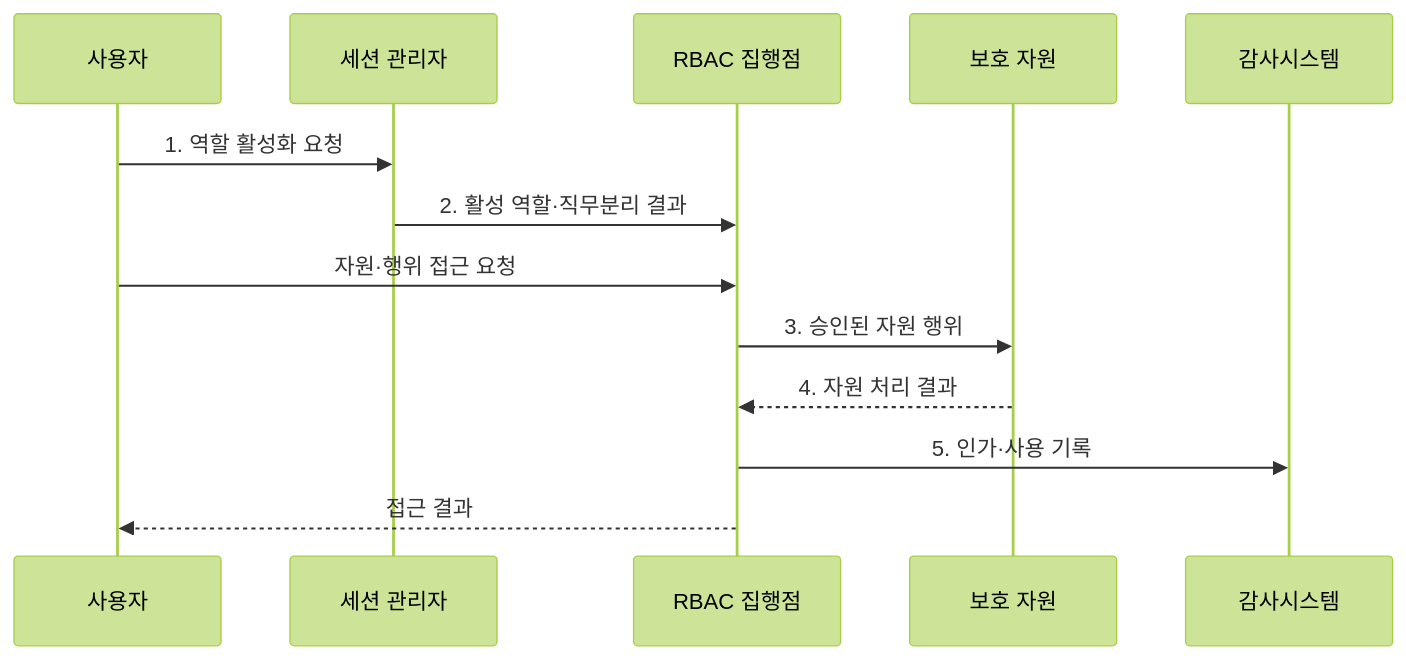
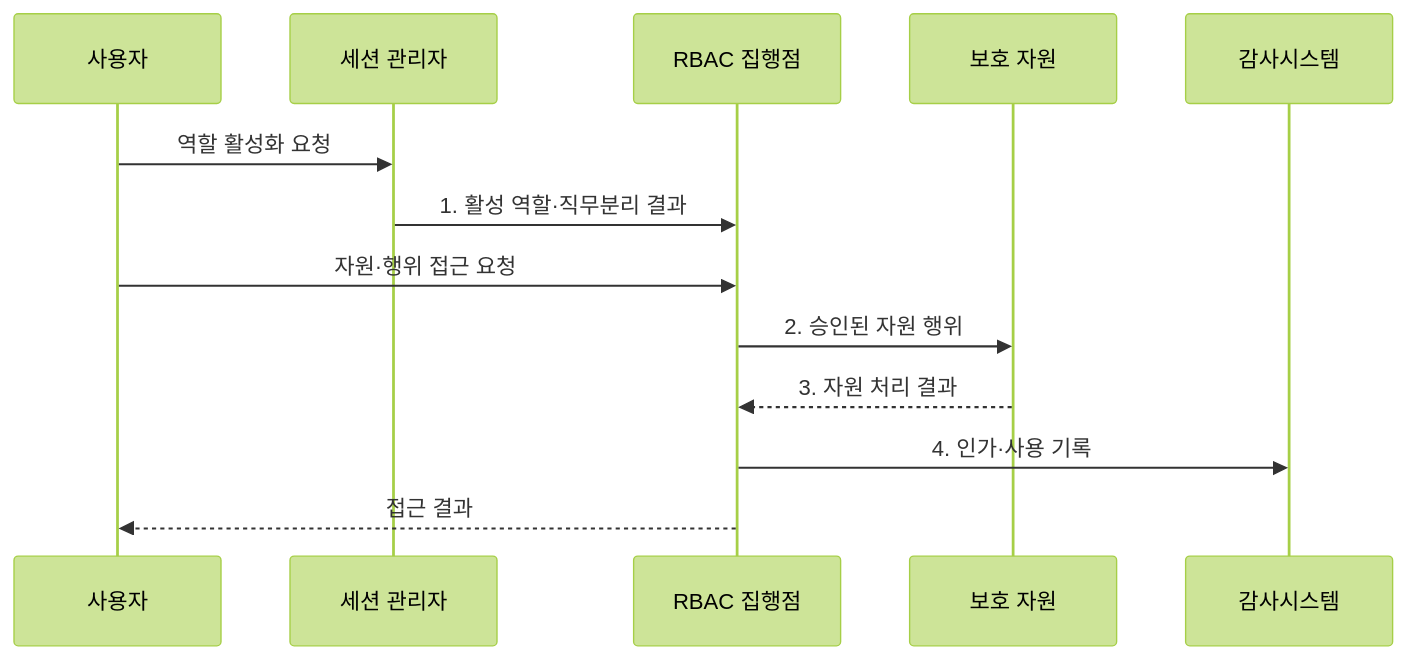
The second of 2 diagrams in src/content/docs/notes/05-security/059_rbac.md (agnusdei1207/knowledge-base), drawn with Mermaid (forest theme) before and after one commit. The commit also changed other lines of this file and 19 other files, not shown here.

````diff
--- a/src/content/docs/notes/05-security/059_rbac.md
+++ b/src/content/docs/notes/05-security/059_rbac.md
@@ -87,15 +87,15 @@
 ```mermaid
 sequenceDiagram
     participant U as 사용자
     participant S as 세션 관리자
     participant P as RBAC 집행점
     participant R as 보호 자원
     participant 감사시스템
-    U->>S: 1. 역할 활성화 요청
-    S->>P: 2. 활성 역할·직무분리 결과
+    U->>S: 역할 활성화 요청
+    S->>P: 1. 활성 역할·직무분리 결과
     U->>P: 자원·행위 접근 요청
-    P->>R: 3. 승인된 자원 행위
-    R-->>P: 4. 자원 처리 결과
-    P->>감사시스템: 5. 인가·사용 기록
+    P->>R: 2. 승인된 자원 행위
+    R-->>P: 3. 자원 처리 결과
+    P->>감사시스템: 4. 인가·사용 기록
     P-->>U: 접근 결과
 ```
````
